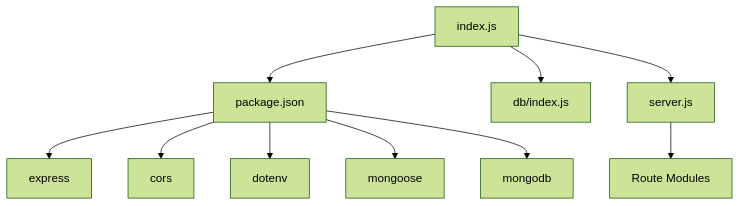
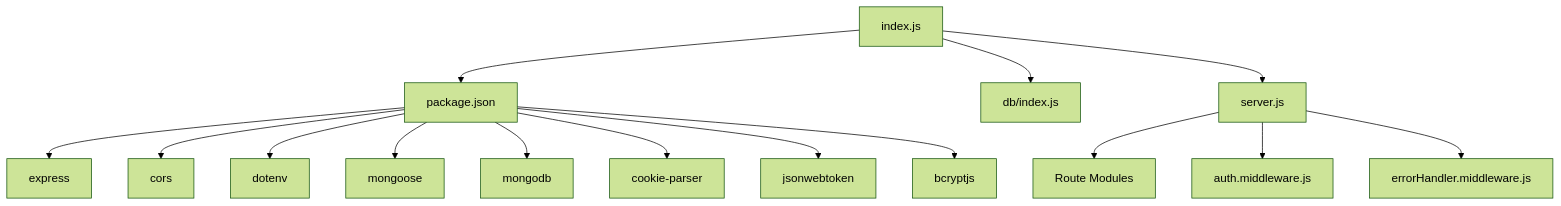
The tenth of 10 diagrams in .qoder/repowiki/en/content/Backend Architecture/Server Setup & Configuration.md (Aryan9060/Timetable-Project), drawn with Mermaid (forest theme) before and after one commit. The commit also changed other lines of this file and 15 other files, not shown here.

````diff
--- a/.qoder/repowiki/en/content/Backend Architecture/Server Setup & Configuration.md
+++ b/.qoder/repowiki/en/content/Backend Architecture/Server Setup & Configuration.md
@@ -320,12 +434,17 @@
 ```mermaid
 graph TB
 Pkg["package.json"] --> Express["express"]
 Pkg --> CorsDep["cors"]
 Pkg --> DotenvDep["dotenv"]
 Pkg --> MongooseDep["mongoose"]
 Pkg --> MongoDriver["mongodb"]
+Pkg --> CookieParser["cookie-parser"]
+Pkg --> JsonWebToken["jsonwebtoken"]
+Pkg --> Bcrypt["bcryptjs"]
 Boot["index.js"] --> Pkg
 Boot --> DB["db/index.js"]
 Boot --> App["server.js"]
 App --> Routes["Route Modules"]
+App --> Auth["auth.middleware.js"]
+App --> Error["errorHandler.middleware.js"]
 ```
````
